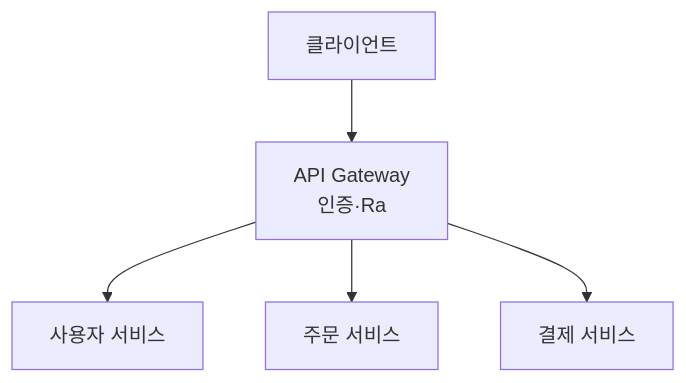
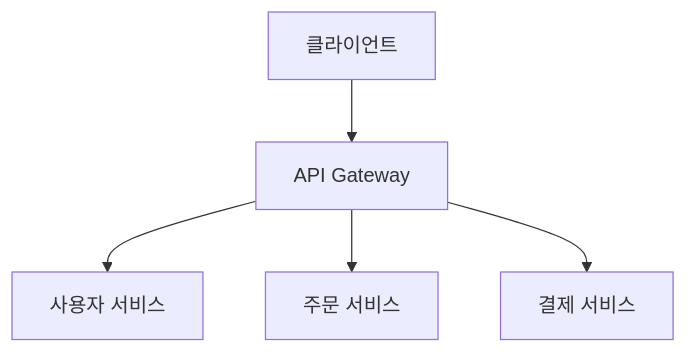
Before and after one commit to yjkim2015/yjkim2015.github.io: the sixth of 15 diagrams in _posts/architecture/2026-05-02-msa-deep.md, drawn with Mermaid. The commit also changed other lines of this file and 217 other files, not shown here.

First line of the commit message:
Mermaid 크기 수정: useMaxWidth:true + SVG max-width:100% + 라벨 축소

````diff
--- a/_posts/architecture/2026-05-02-msa-deep.md
+++ b/_posts/architecture/2026-05-02-msa-deep.md
@@ -107,7 +107,7 @@
 ```mermaid
 graph TD
-    Client["클라이언트"] --> AG["API Gateway\n인증·Ra"]
+    Client["클라이언트"] --> AG["API Gateway"]
     AG --> US["사용자 서비스"]
     AG --> OS["주문 서비스"]
     AG --> PS["결제 서비스"]
 ```
````
